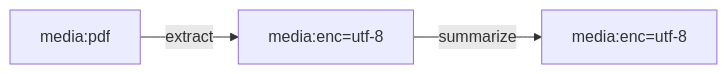
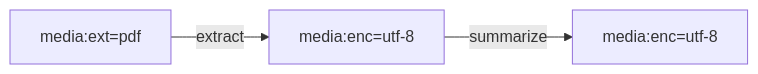
One commit to machinefabric/capdag changed the second of 2 diagrams in docs/15.1-orchestrator.md. Above: the diagram before and after it, drawn with Mermaid. The commit also changed other lines of this file and 45 other files, not shown here.

````diff
--- a/docs/15.1-orchestrator.md
+++ b/docs/15.1-orchestrator.md
@@ -53,5 +53,5 @@
 ```mermaid
 graph LR
-    A["media:pdf"] -->|extract| B["media:enc=utf-8"]
+    A["media:ext=pdf"] -->|extract| B["media:enc=utf-8"]
     B -->|summarize| C["media:enc=utf-8"]
 ```
````
